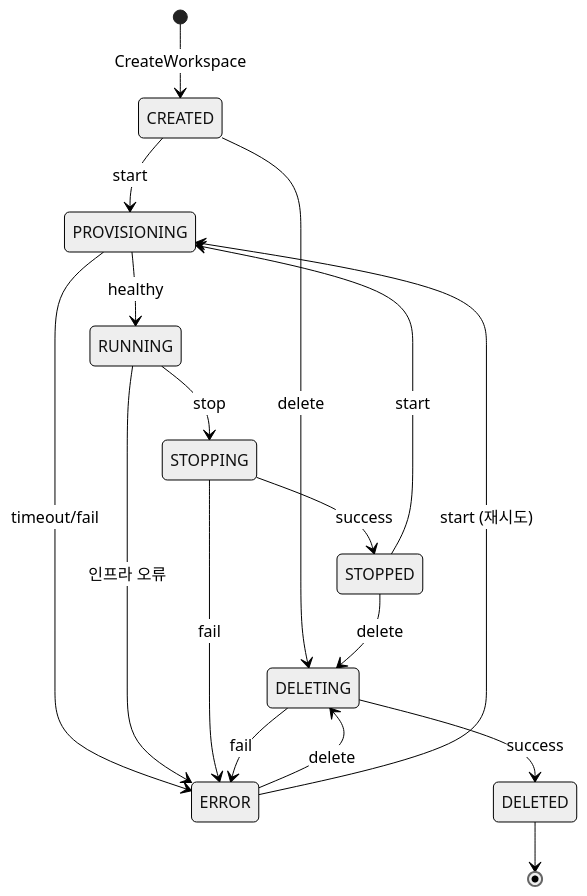
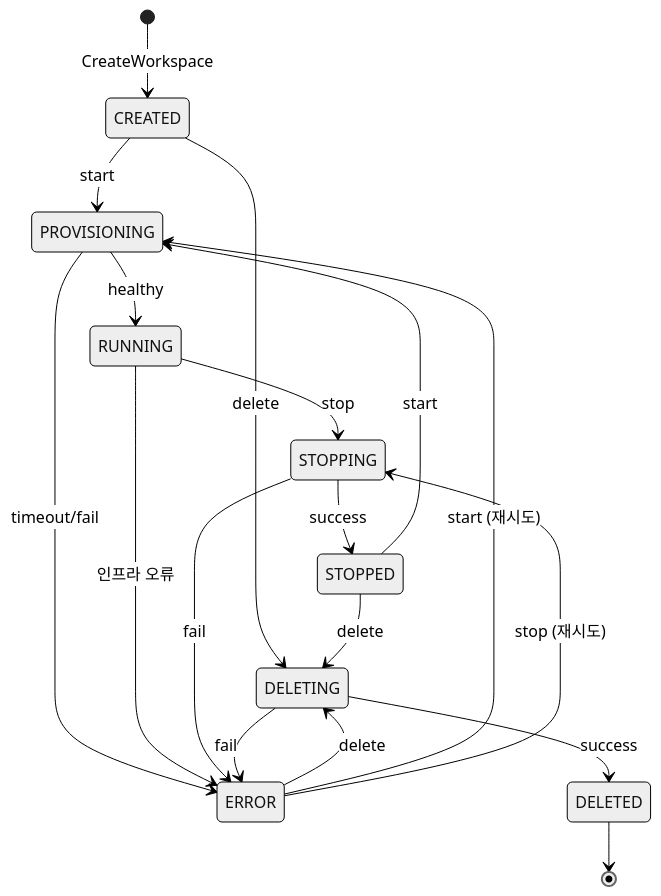
The seventh of 11 diagrams in docs/architecture.md (cagojeiger/code-hub), drawn with Mermaid (neutral theme) before and after one commit. The commit also changed other lines of this file and 2 other files, not shown here.

First line of the commit message:
docs: fix workflow ordering and add StopWorkspace retry from ERROR

````diff
--- a/docs/architecture.md
+++ b/docs/architecture.md
@@ -211,27 +211,28 @@
 ```mermaid
 stateDiagram-v2
     [*] --> CREATED: CreateWorkspace
 
     CREATED --> PROVISIONING: start
     STOPPED --> PROVISIONING: start
 
     PROVISIONING --> RUNNING: healthy
     PROVISIONING --> ERROR: timeout/fail
 
     RUNNING --> STOPPING: stop
     RUNNING --> ERROR: 인프라 오류
 
     STOPPING --> STOPPED: success
     STOPPING --> ERROR: fail
 
     CREATED --> DELETING: delete
     STOPPED --> DELETING: delete
     ERROR --> DELETING: delete
 
     DELETING --> DELETED: success
     DELETING --> ERROR: fail
 
     ERROR --> PROVISIONING: start (재시도)
+    ERROR --> STOPPING: stop (재시도)
 
     DELETED --> [*]
 ```
````
